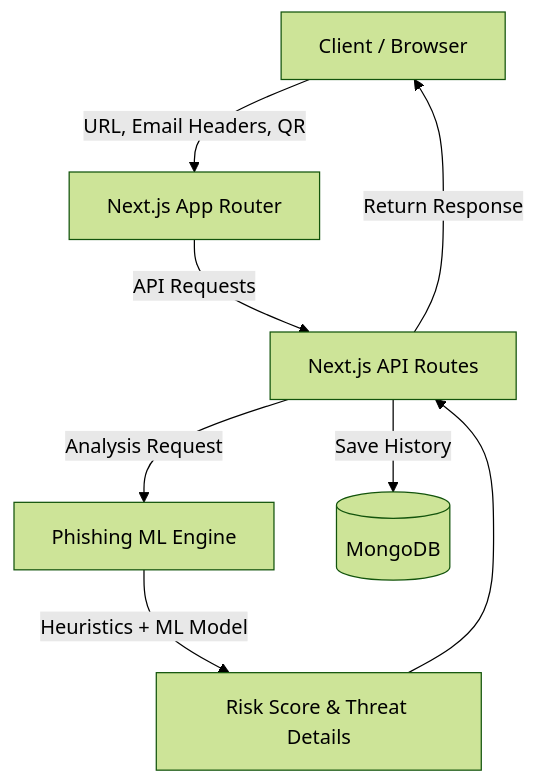
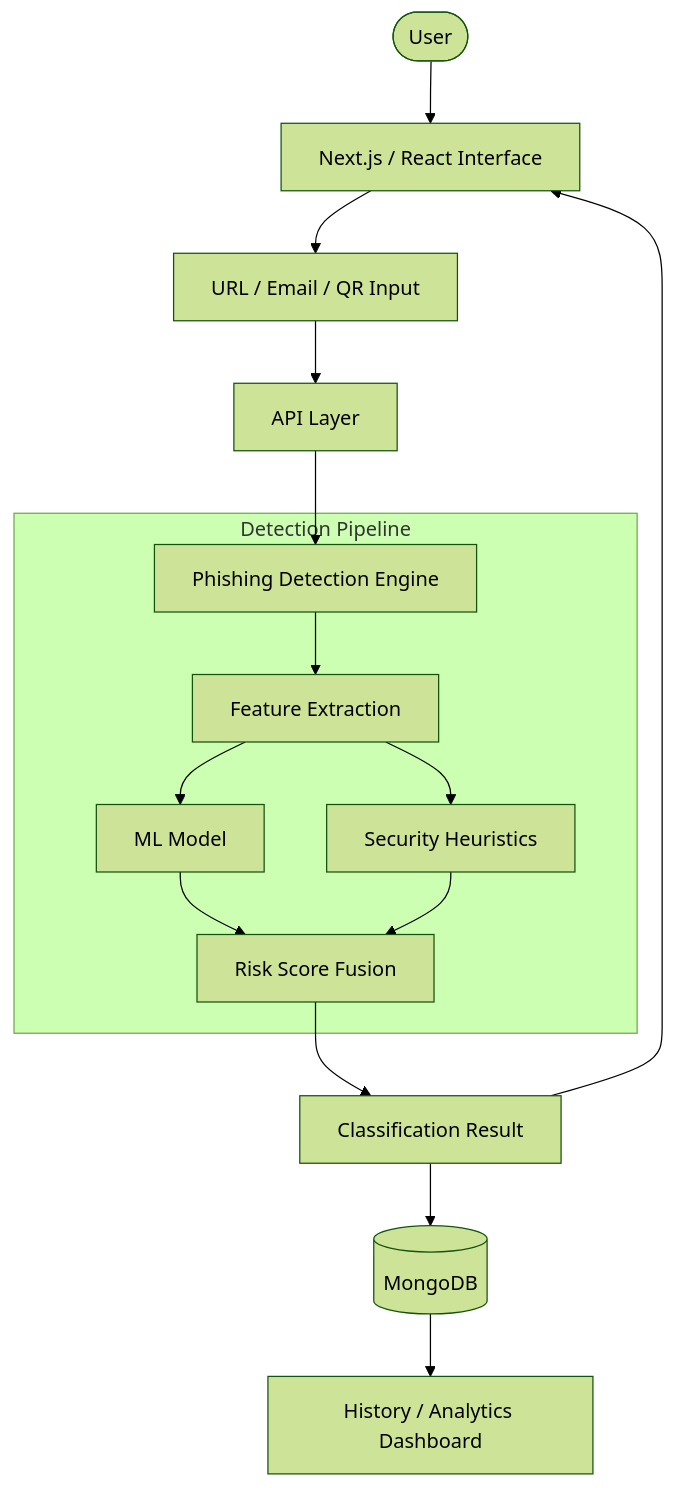
The diagram in README.md (Anmol-Malviya/BPL-hackathon-), drawn with Mermaid (forest theme) before and after one commit. The commit also changed other lines of this file, not shown here.

````diff
--- a/README.md
+++ b/README.md
@@ -68,10 +158,20 @@
 ```mermaid
-graph TD;
-    Client[Client / Browser] -->|URL, Email Headers, QR| NextJS[Next.js App Router];
-    NextJS -->|API Requests| APIRoutes[Next.js API Routes];
-    APIRoutes -->|Analysis Request| MLEngine[Phishing ML Engine];
-    MLEngine -->|Heuristics + ML Model| AnalysisResult[Risk Score & Threat Details];
-    AnalysisResult --> APIRoutes;
-    APIRoutes -->|Save History| MongoDB[(MongoDB)];
-    APIRoutes -->|Return Response| Client;
+graph TD
+    User([User]) --> UI[Next.js / React Interface]
+    UI --> Input[URL / Email / QR Input]
+    Input --> API[API Layer]
+    API --> Engine[Phishing Detection Engine]
+    
+    subgraph Detection Pipeline
+        Engine --> FE[Feature Extraction]
+        FE --> ML[ML Model]
+        FE --> SH[Security Heuristics]
+        ML --> Score[Risk Score Fusion]
+        SH --> Score
+    end
+    
+    Score --> Result[Classification Result]
+    Result --> UI
+    Result --> DB[(MongoDB)]
+    DB --> Analytics[History / Analytics Dashboard]
 ```
````
